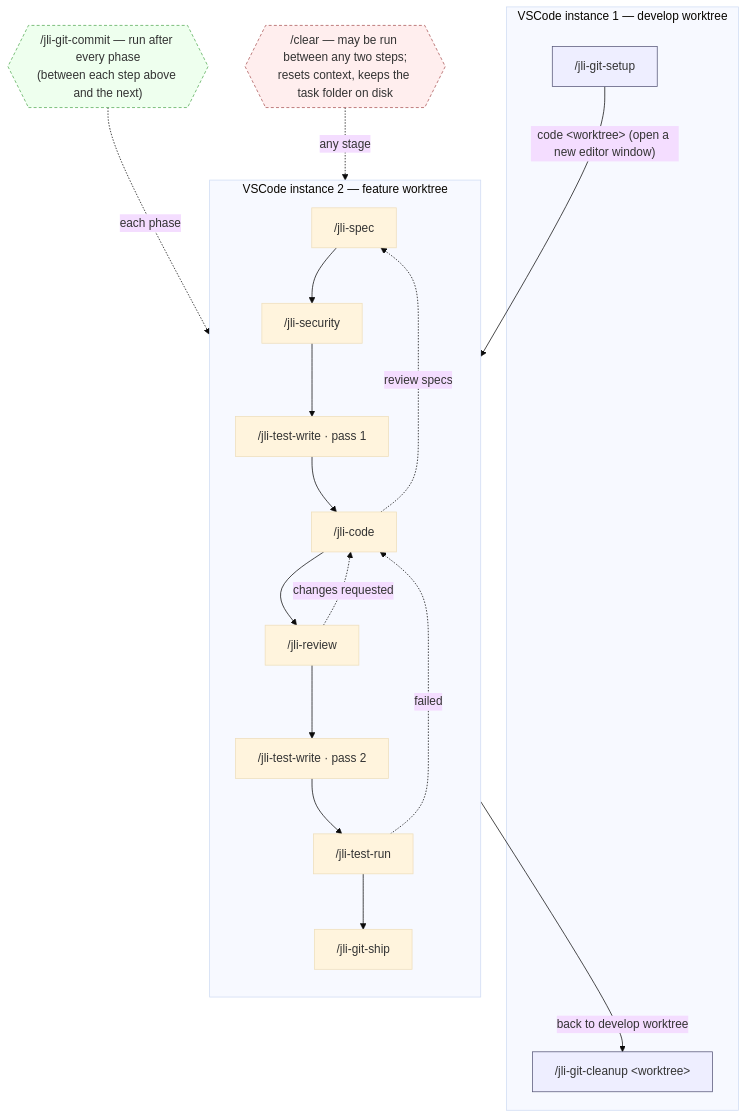
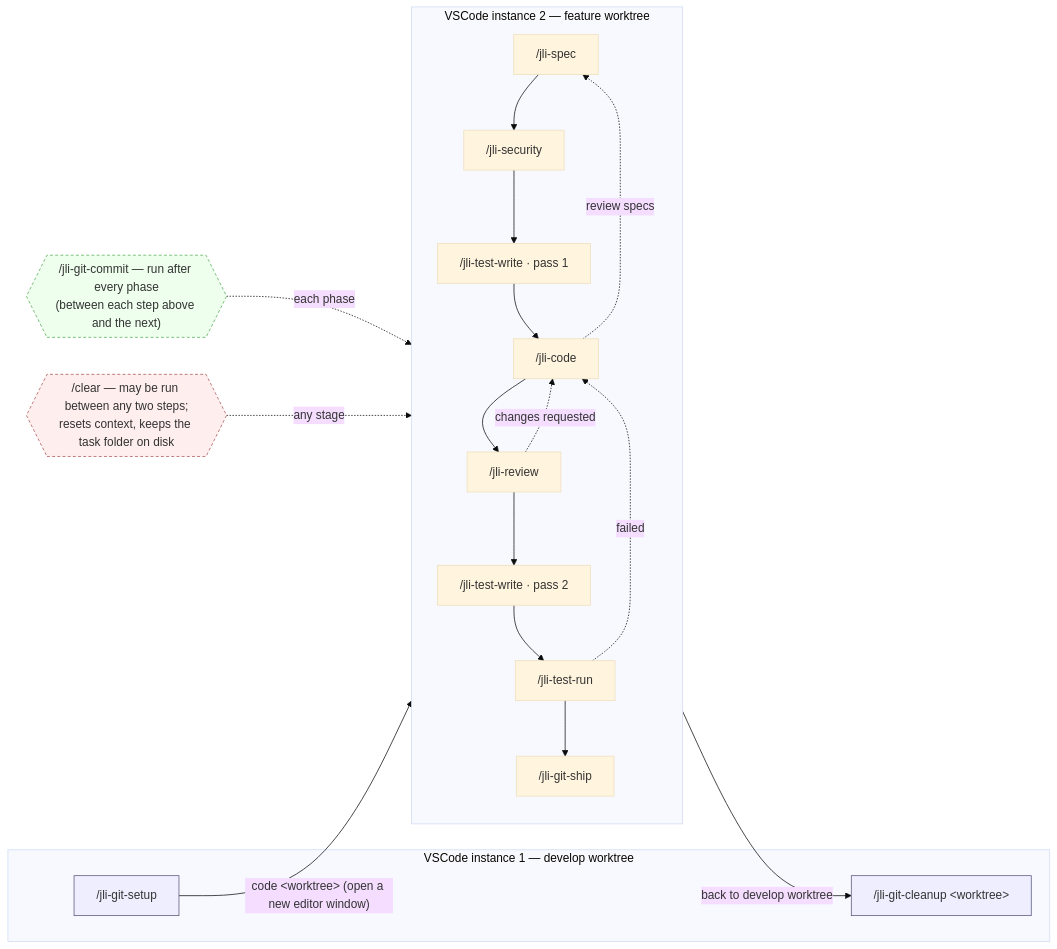
Before and after one commit to JeremieLitzler/SocialMediaPublisherApp: the diagram in AGENT-COMMAND-MIGRATION.md, drawn with Mermaid (base theme).

Commit message:
docs(migration): lay out workflow diagram left-to-right
Use flowchart LR so VSCode instance 1 (develop worktree) sits on the
left and the feature-worktree phases flow to the right.

````diff
--- a/AGENT-COMMAND-MIGRATION.md
+++ b/AGENT-COMMAND-MIGRATION.md
@@ -69,38 +69,38 @@
 ```mermaid
-flowchart TD
+flowchart LR
     subgraph INST1["VSCode instance 1 — develop worktree"]
         setup["/jli-git-setup"]
         cleanup["/jli-git-cleanup &lt;worktree&gt;"]
     end
 
     subgraph INST2["VSCode instance 2 — feature worktree"]
         direction TB
         spec["/jli-spec"] --> sec["/jli-security"]
         sec --> tw1["/jli-test-write · pass 1"]
         tw1 --> code["/jli-code"]
         code --> review["/jli-review"]
         review --> tw2["/jli-test-write · pass 2"]
         tw2 --> trun["/jli-test-run"]
         trun --> ship["/jli-git-ship"]
     end
 
     setup -->|"code &lt;worktree&gt; (open a new editor window)"| spec
     ship -->|"back to develop worktree"| cleanup
 
     review -. "changes requested" .-> code
     trun -. "failed" .-> code
     code -. "review specs" .-> spec
 
     commit{{"/jli-git-commit — run after every phase<br/>(between each step above and the next)"}}
     commit -. "each phase" .-> INST2
 
     clear{{"/clear — may be run between any two steps;<br/>resets context, keeps the task folder on disk"}}
     clear -. "any stage" .-> INST2
 
     classDef editor fill:#eef,stroke:#557,stroke-width:1px;
     classDef note fill:#efe,stroke:#5a5,stroke-width:1px,stroke-dasharray:4 3;
     classDef reset fill:#fee,stroke:#a55,stroke-width:1px,stroke-dasharray:4 3;
     class setup,cleanup editor;
     class commit note;
     class clear reset;
 ```
````
